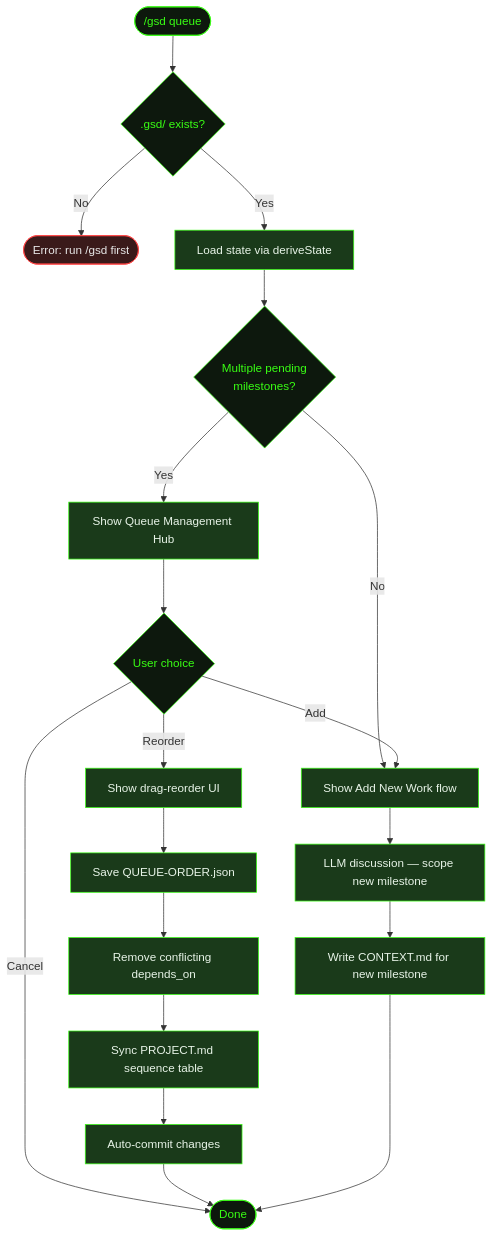
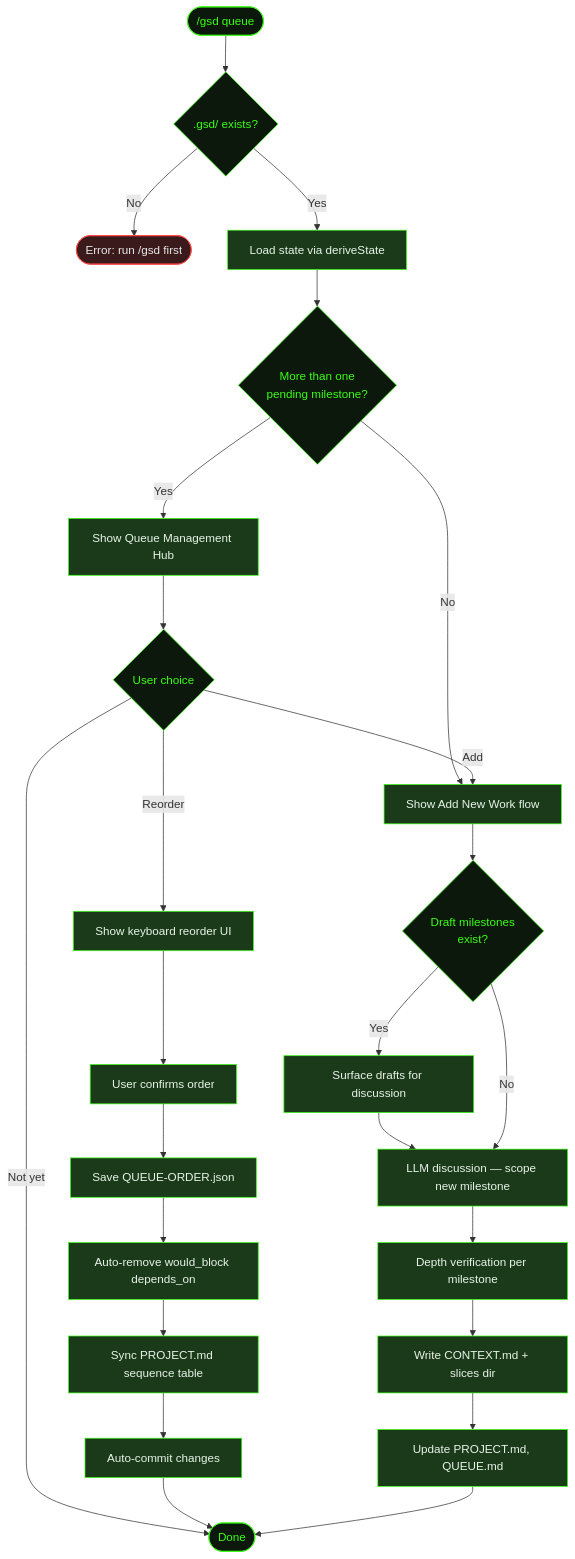
One commit to shusha-group/gsd2-guide changed the diagram in src/content/docs/commands/queue.mdx. Above: the diagram before and after it, drawn with Mermaid. The commit also changed other lines of this file and 49 other files, not shown here.

````diff
--- a/src/content/docs/commands/queue.mdx
+++ b/src/content/docs/commands/queue.mdx
@@ -24,38 +24,49 @@
 ```mermaid
 flowchart TD
     Start(["/gsd queue"]) --> Check{.gsd/ exists?}
     Check -->|No| Fail([Error: run /gsd first])
     Check -->|Yes| Load[Load state via deriveState]
-    Load --> Count{Multiple pending<br/>milestones?}
+    Load --> Count{More than one\npending milestone?}
     Count -->|Yes| Hub[Show Queue Management Hub]
     Count -->|No| Add[Show Add New Work flow]
     Hub --> Choice{User choice}
-    Choice -->|Reorder| Reorder[Show drag-reorder UI]
+    Choice -->|Reorder| Reorder[Show keyboard reorder UI]
     Choice -->|Add| Add
-    Choice -->|Cancel| Done([Done])
-    Reorder --> Save[Save QUEUE-ORDER.json]
-    Save --> Deps[Remove conflicting depends_on]
+    Choice -->|Not yet| Done([Done])
+    Reorder --> Confirm[User confirms order]
+    Confirm --> Save[Save QUEUE-ORDER.json]
+    Save --> Deps[Auto-remove would_block depends_on]
     Deps --> Sync[Sync PROJECT.md sequence table]
     Sync --> Commit[Auto-commit changes]
     Commit --> Done
-    Add --> Discuss[LLM discussion — scope new milestone]
-    Discuss --> Context[Write CONTEXT.md for new milestone]
-    Context --> Done
+    Add --> Drafts{Draft milestones\nexist?}
+    Drafts -->|Yes| SurfaceDrafts[Surface drafts for discussion]
+    SurfaceDrafts --> Discuss
+    Drafts -->|No| Discuss[LLM discussion — scope new milestone]
+    Discuss --> Verify[Depth verification per milestone]
+    Verify --> Write[Write CONTEXT.md + slices dir]
+    Write --> UpdateDocs[Update PROJECT.md, QUEUE.md]
+    UpdateDocs --> Done
 
     style Start fill:#0d180d,stroke:#39ff14,color:#39ff14
     style Check fill:#0d180d,stroke:#39ff14,color:#39ff14
     style Fail fill:#3a1a1a,stroke:#ff4444,color:#e8e8e8
     style Load fill:#1a3a1a,stroke:#39ff14,color:#e8f4e8
     style Count fill:#0d180d,stroke:#39ff14,color:#39ff14
     style Hub fill:#1a3a1a,stroke:#39ff14,color:#e8f4e8
     style Choice fill:#0d180d,stroke:#39ff14,color:#39ff14
     style Reorder fill:#1a3a1a,stroke:#39ff14,color:#e8f4e8
     style Add fill:#1a3a1a,stroke:#39ff14,color:#e8f4e8
+    style Confirm fill:#1a3a1a,stroke:#39ff14,color:#e8f4e8
     style Save fill:#1a3a1a,stroke:#39ff14,color:#e8f4e8
     style Deps fill:#1a3a1a,stroke:#39ff14,color:#e8f4e8
     style Sync fill:#1a3a1a,stroke:#39ff14,color:#e8f4e8
     style Commit fill:#1a3a1a,stroke:#39ff14,color:#e8f4e8
+    style Drafts fill:#0d180d,stroke:#39ff14,color:#39ff14
+    style SurfaceDrafts fill:#1a3a1a,stroke:#39ff14,color:#e8f4e8
     style Discuss fill:#1a3a1a,stroke:#39ff14,color:#e8f4e8
-    style Context fill:#1a3a1a,stroke:#39ff14,color:#e8f4e8
+    style Verify fill:#1a3a1a,stroke:#39ff14,color:#e8f4e8
+    style Write fill:#1a3a1a,stroke:#39ff14,color:#e8f4e8
+    style UpdateDocs fill:#1a3a1a,stroke:#39ff14,color:#e8f4e8
     style Done fill:#0d180d,stroke:#39ff14,color:#39ff14
 ```
````
